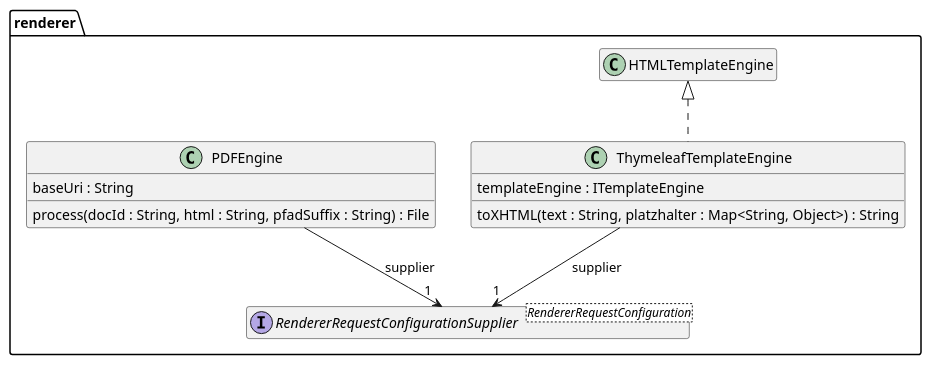
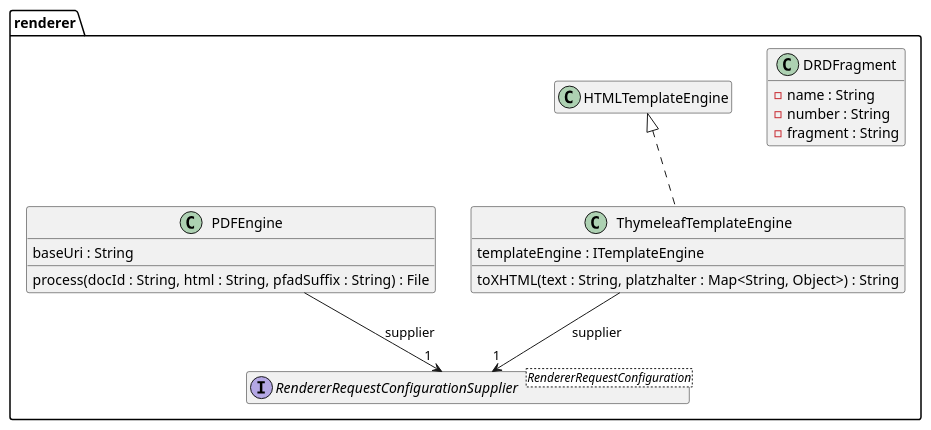
Before and after one commit to tailoringexpert/platform: the diagram in src/site/arc42/plantuml/openhtmltopdf/renderer/Ebene3.plantuml, drawn with PlantUML. The commit also changed 24 other files, not shown here.

```diff
--- a/src/site/arc42/plantuml/openhtmltopdf/renderer/Ebene3.plantuml
+++ b/src/site/arc42/plantuml/openhtmltopdf/renderer/Ebene3.plantuml
@@ -1,23 +1,29 @@
 @startuml Ebene3.png
 hide empty members
 
 package renderer {
+
+    class DRDFragment {
+        -name : String
+        -number : String
+        -fragment : String
+    }
 
     interface RendererRequestConfigurationSupplier<RendererRequestConfiguration> {
     }
 
     class ThymeleafTemplateEngine {
         templateEngine : ITemplateEngine
         toXHTML(text : String, platzhalter :  Map<String, Object>) : String
     }
     ThymeleafTemplateEngine --> "1" RendererRequestConfigurationSupplier : supplier
     HTMLTemplateEngine <|.. ThymeleafTemplateEngine
 
     class PDFEngine {
         baseUri : String
         process(docId : String, html : String, pfadSuffix : String) :  File
     }
     PDFEngine --> "1" RendererRequestConfigurationSupplier : supplier
 
 }
 @enduml
```
